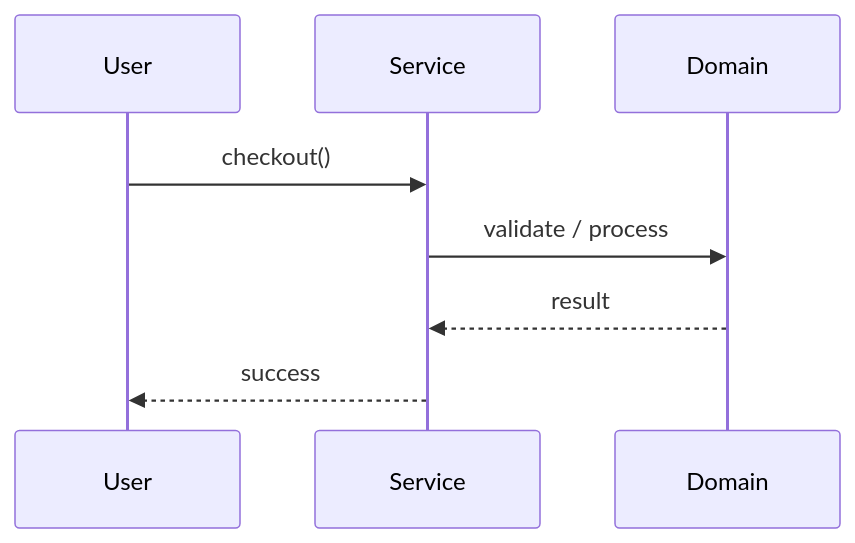
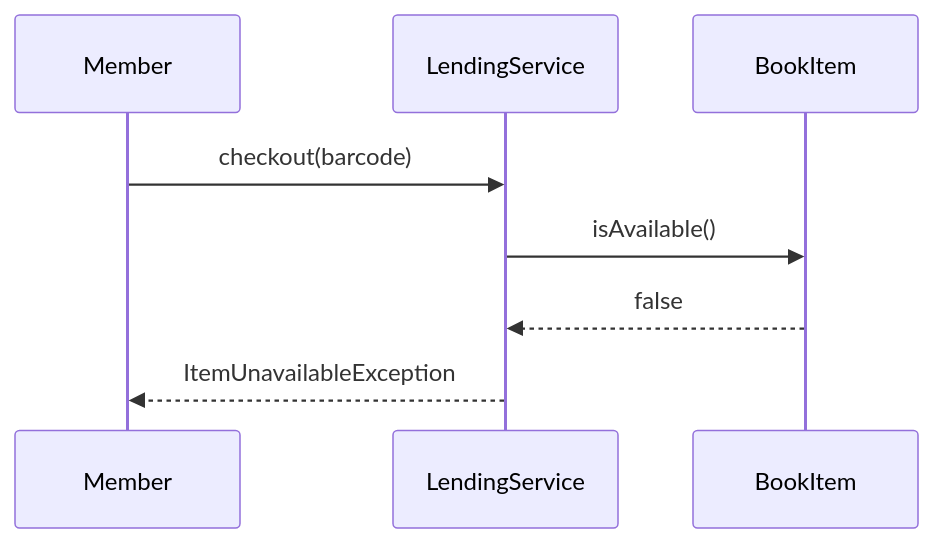
The third of 3 diagrams in Learn/System Design - Low Level Design/02-classic-ood/questions/Q03-library-management.md (madhupaila/Interview-Prep-SSE), drawn with Mermaid before and after one commit. The commit also changed other lines of this file and 491 other files, not shown here.

````diff
--- a/Learn/System Design - Low Level Design/02-classic-ood/questions/Q03-library-management.md
+++ b/Learn/System Design - Low Level Design/02-classic-ood/questions/Q03-library-management.md
@@ -122,10 +178,10 @@
 ```mermaid
 sequenceDiagram
-    participant U as User
-    participant S as Service
-    participant D as Domain
-    U->>S: checkout()
-    S->>D: validate / process
-    D-->>S: result
-    S-->>U: success
+participant M as Member
+participant L as LendingService
+participant BI as BookItem
+M->>L: checkout(barcode)
+L->>BI: isAvailable()
+BI-->>L: false
+L-->>M: ItemUnavailableException
 ```
````
